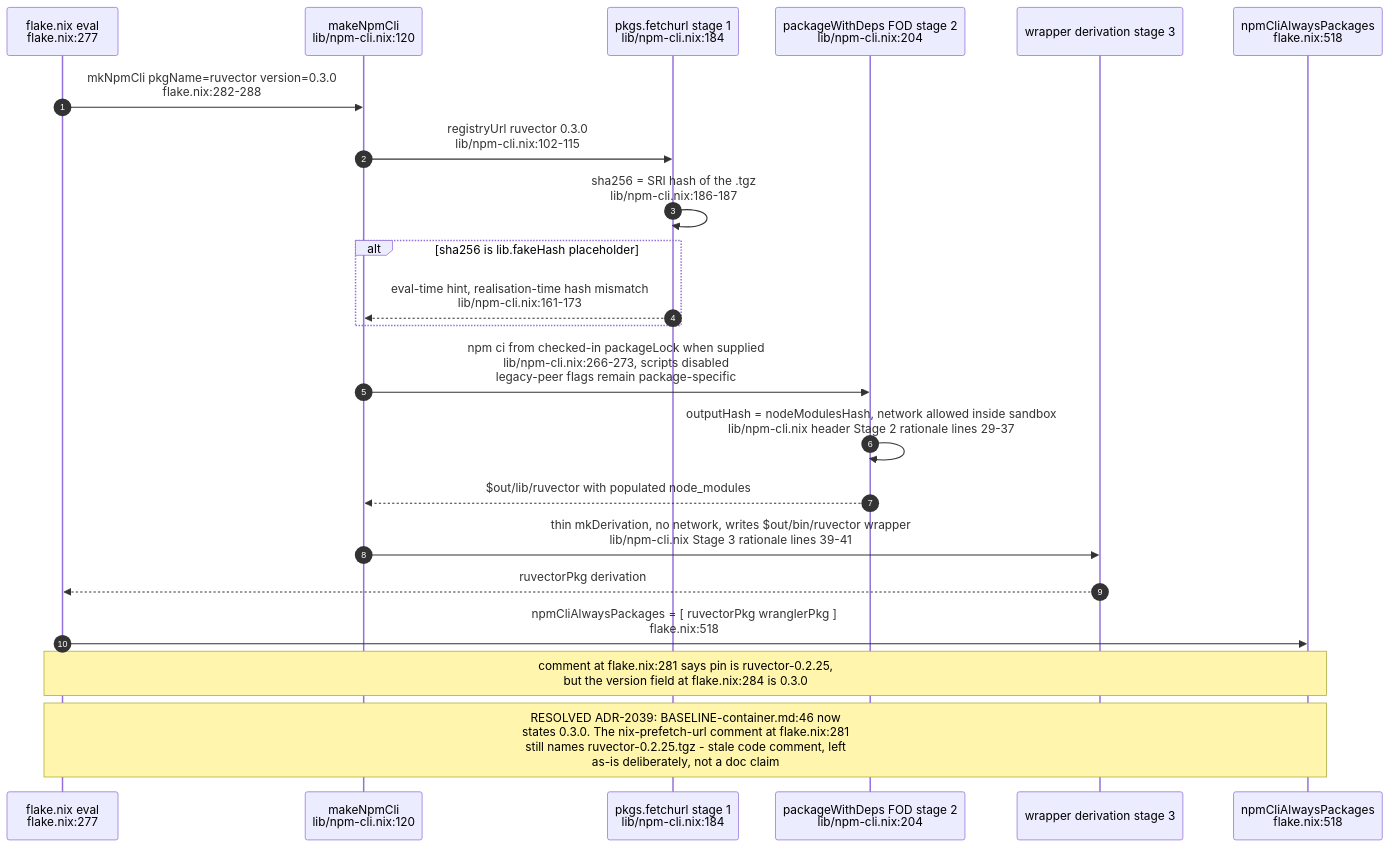
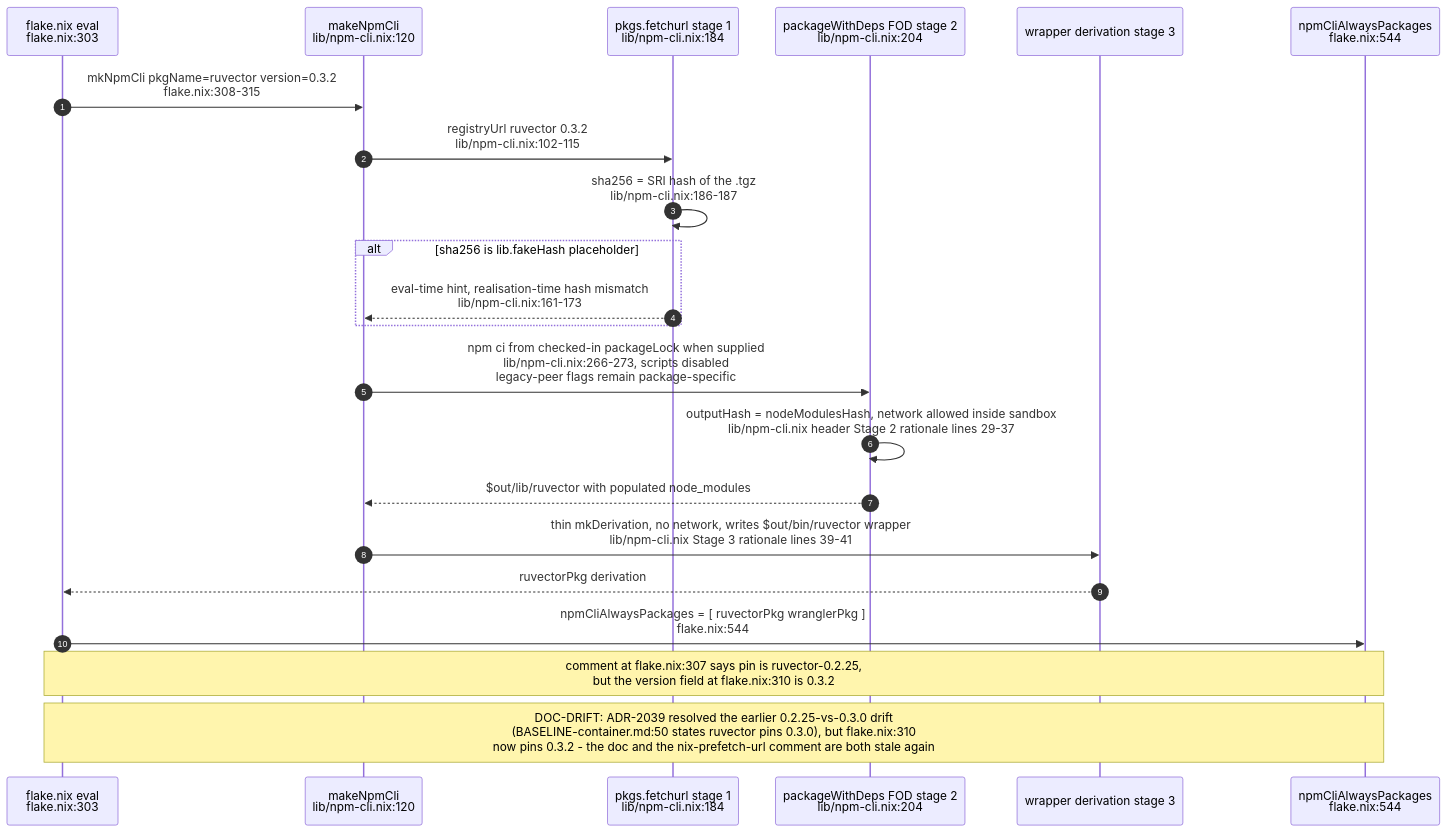
The fifth of 10 diagrams in docs/diagrams/agentbox/01-nix-flake-composition.md (DreamLab-AI/VisionFlow), drawn with Mermaid before and after one commit. The commit also changed other lines of this file and 136 other files, not shown here.

First line of the commit message:
docs(diagrams): refresh the whole corpus to code HEAD and prune low-value diagrams

````diff
--- a/docs/diagrams/agentbox/01-nix-flake-composition.md
+++ b/docs/diagrams/agentbox/01-nix-flake-composition.md
@@ -209,25 +217,25 @@
 ```mermaid
 sequenceDiagram
     autonumber
-    participant FLAKE as flake.nix eval<br/>flake.nix:277
+    participant FLAKE as flake.nix eval<br/>flake.nix:303
     participant MK as makeNpmCli<br/>lib/npm-cli.nix:120
     participant FETCH as pkgs.fetchurl stage 1<br/>lib/npm-cli.nix:184
     participant FOD as packageWithDeps FOD stage 2<br/>lib/npm-cli.nix:204
     participant WRAP as wrapper derivation stage 3
-    participant ALWAYS as npmCliAlwaysPackages<br/>flake.nix:518
+    participant ALWAYS as npmCliAlwaysPackages<br/>flake.nix:544
 
-    FLAKE->>MK: mkNpmCli pkgName=ruvector version=0.3.0<br/>flake.nix:282-288
-    MK->>FETCH: registryUrl ruvector 0.3.0<br/>lib/npm-cli.nix:102-115
+    FLAKE->>MK: mkNpmCli pkgName=ruvector version=0.3.2<br/>flake.nix:308-315
+    MK->>FETCH: registryUrl ruvector 0.3.2<br/>lib/npm-cli.nix:102-115
     FETCH->>FETCH: sha256 = SRI hash of the .tgz<br/>lib/npm-cli.nix:186-187
     alt sha256 is lib.fakeHash placeholder
         FETCH-->>MK: eval-time hint, realisation-time hash mismatch<br/>lib/npm-cli.nix:161-173
     end
     MK->>FOD: npm ci from checked-in packageLock when supplied<br/>lib/npm-cli.nix:266-273, scripts disabled<br/>legacy-peer flags remain package-specific
     FOD->>FOD: outputHash = nodeModulesHash, network allowed inside sandbox<br/>lib/npm-cli.nix header Stage 2 rationale lines 29-37
     FOD-->>MK: $out/lib/ruvector with populated node_modules
     MK->>WRAP: thin mkDerivation, no network, writes $out/bin/ruvector wrapper<br/>lib/npm-cli.nix Stage 3 rationale lines 39-41
     WRAP-->>FLAKE: ruvectorPkg derivation
-    FLAKE->>ALWAYS: npmCliAlwaysPackages = [ ruvectorPkg wranglerPkg ]<br/>flake.nix:518
-    Note over FLAKE,ALWAYS: comment at flake.nix:281 says pin is ruvector-0.2.25,<br/>but the version field at flake.nix:284 is 0.3.0
-    Note over FLAKE,ALWAYS: RESOLVED ADR-2039: BASELINE-container.md:46 now<br/>states 0.3.0. The nix-prefetch-url comment at flake.nix:281<br/>still names ruvector-0.2.25.tgz - stale code comment, left<br/>as-is deliberately, not a doc claim
+    FLAKE->>ALWAYS: npmCliAlwaysPackages = [ ruvectorPkg wranglerPkg ]<br/>flake.nix:544
+    Note over FLAKE,ALWAYS: comment at flake.nix:307 says pin is ruvector-0.2.25,<br/>but the version field at flake.nix:310 is 0.3.2
+    Note over FLAKE,ALWAYS: DOC-DRIFT: ADR-2039 resolved the earlier 0.2.25-vs-0.3.0 drift<br/>(BASELINE-container.md:50 states ruvector pins 0.3.0), but flake.nix:310<br/>now pins 0.3.2 - the doc and the nix-prefetch-url comment are both stale again
 ```
````
